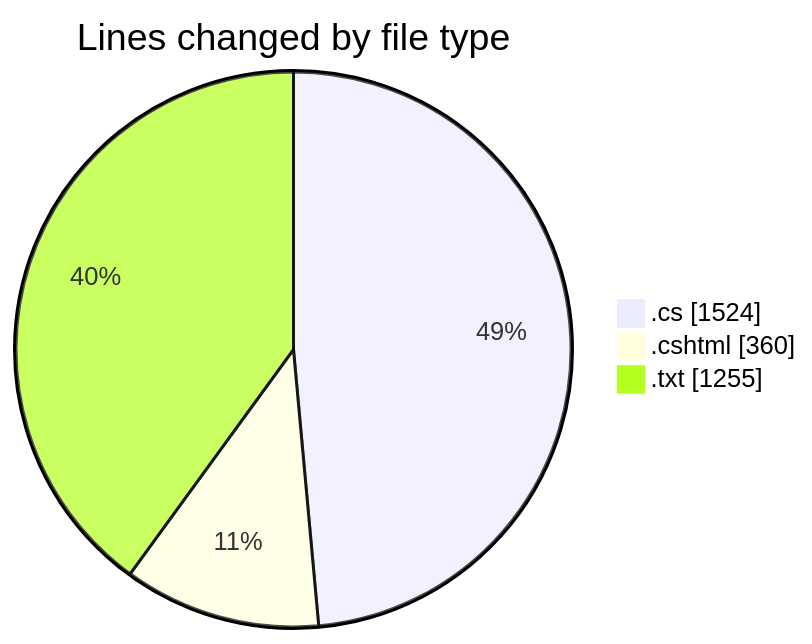
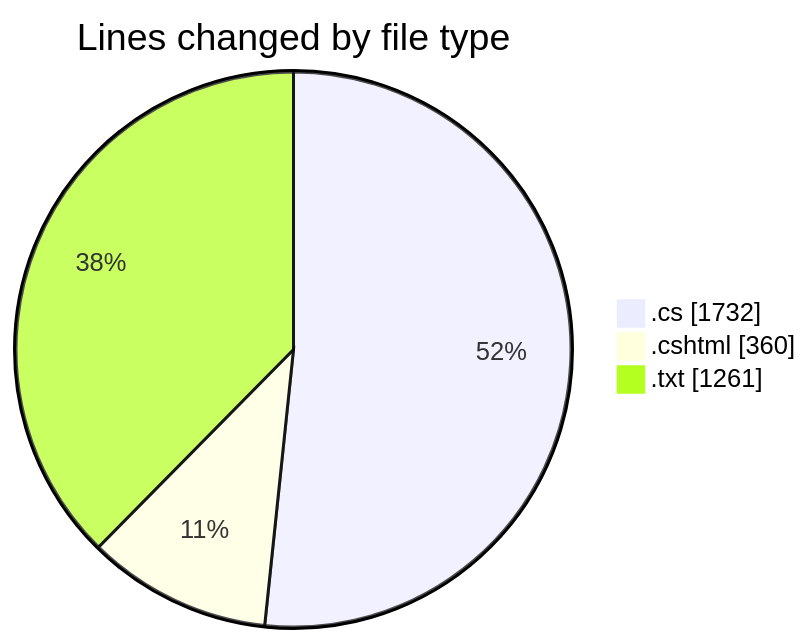
Before and after one commit to lephambinh05/code-tracking: the first of 2 diagrams in 2025-07-24/quanlyrapchieuphim-1/README.md, drawn with Mermaid. The commit also changed other lines of this file and 1 other file, not shown here.

````diff
--- a/2025-07-24/quanlyrapchieuphim-1/README.md
+++ b/2025-07-24/quanlyrapchieuphim-1/README.md
@@ -26,7 +27,7 @@
 ```mermaid
 pie showData
 title Lines changed by file type
-".cs" : 1524
+".cs" : 1732
 ".cshtml" : 360
-".txt" : 1255
+".txt" : 1261
 ```
````
